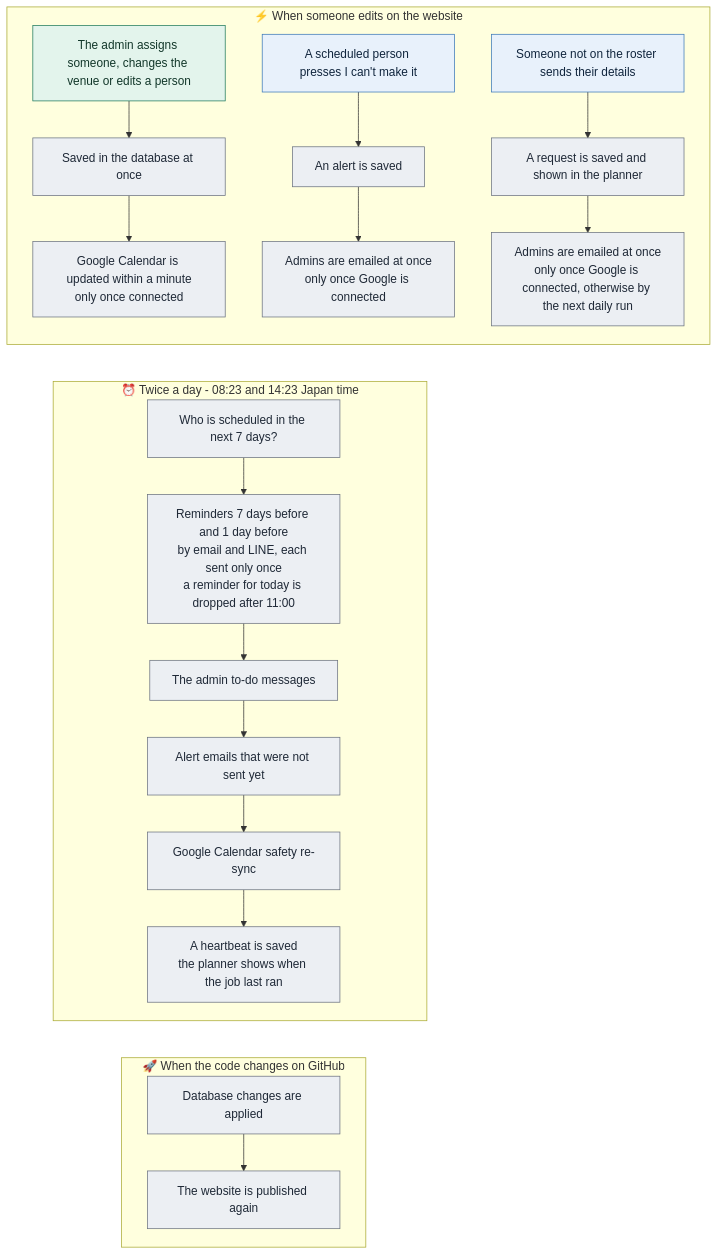
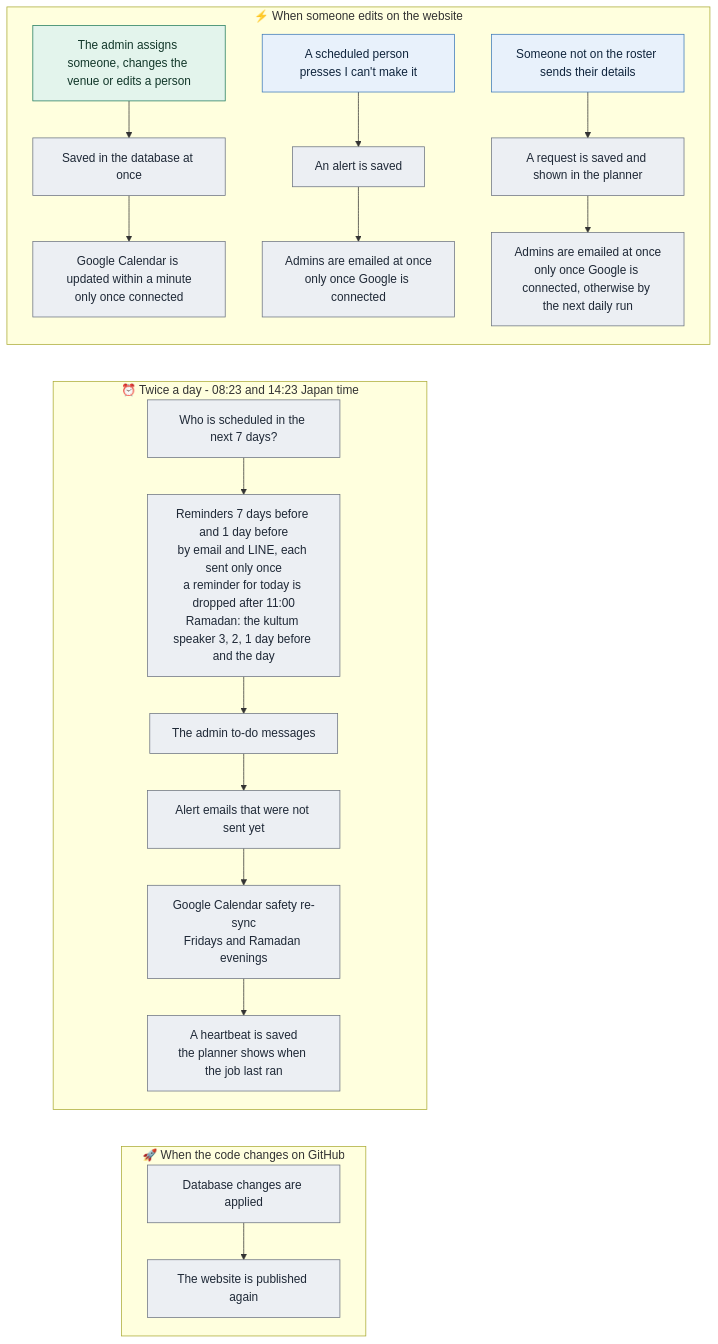
Before and after one commit to mushaffarasyidridha/Jumat-Scheduler-NAIST: the diagram in public/flows/automation.mmd, drawn with Mermaid. The commit also changed 14 other files, not shown here.

First line of the commit message:
Ramadan: kultum speaker reminders and Google Calendar events

```diff
--- a/public/flows/automation.mmd
+++ b/public/flows/automation.mmd
@@ -1,32 +1,32 @@
 flowchart TD
   subgraph t1["⚡ When someone edits on the website"]
     E1["The admin assigns someone, changes the venue or edits a person"] --> E2["Saved in the database at once"]
     E2 --> E3["Google Calendar is updated within a minute<br/>only once connected"]
     U1["A scheduled person presses I can't make it"] --> U2["An alert is saved"]
     U2 --> U3["Admins are emailed at once<br/>only once Google is connected"]
     J1["Someone not on the roster sends their details"] --> J2["A request is saved and shown in the planner"]
     J2 --> J3["Admins are emailed at once<br/>only once Google is connected, otherwise by the next daily run"]
   end
 
   subgraph t2["⏰ Twice a day - 08:23 and 14:23 Japan time"]
-    R1["Who is scheduled in the next 7 days?"] --> R2["Reminders 7 days before and 1 day before<br/>by email and LINE, each sent only once<br/>a reminder for today is dropped after 11:00"]
+    R1["Who is scheduled in the next 7 days?"] --> R2["Reminders 7 days before and 1 day before<br/>by email and LINE, each sent only once<br/>a reminder for today is dropped after 11:00<br/>Ramadan: the kultum speaker 3, 2, 1 day before and the day"]
     R2 --> R3["The admin to-do messages"]
     R3 --> R4["Alert emails that were not sent yet"]
-    R4 --> R5["Google Calendar safety re-sync"]
+    R4 --> R5["Google Calendar safety re-sync<br/>Fridays and Ramadan evenings"]
     R5 --> R6["A heartbeat is saved<br/>the planner shows when the job last ran"]
   end
 
   subgraph t3["🚀 When the code changes on GitHub"]
     D1["Database changes are applied"] --> D2["The website is published again"]
   end
 
   E3 ~~~ R1
   U3 ~~~ R1
   R6 ~~~ D1
 
   classDef admin fill:#e3f4ec,stroke:#1f7a5c,color:#12372a
   classDef robot fill:#eceff3,stroke:#6b7280,color:#1f2937
   classDef member fill:#e8f1fb,stroke:#3b78b8,color:#10253d
   class E1 admin
   class U1,J1 member
   class E2,E3,U2,U3,J2,J3,R1,R2,R3,R4,R5,R6,D1,D2 robot
```
